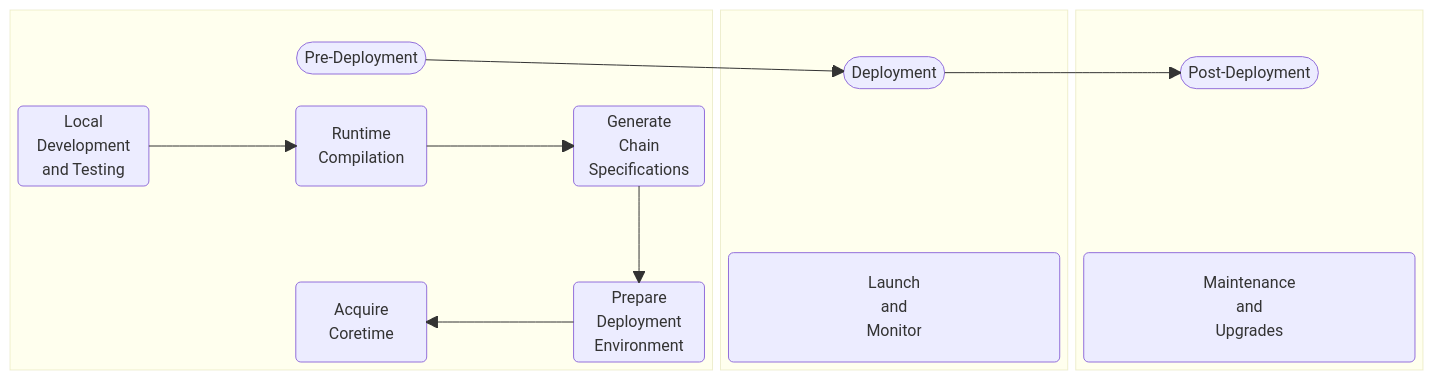
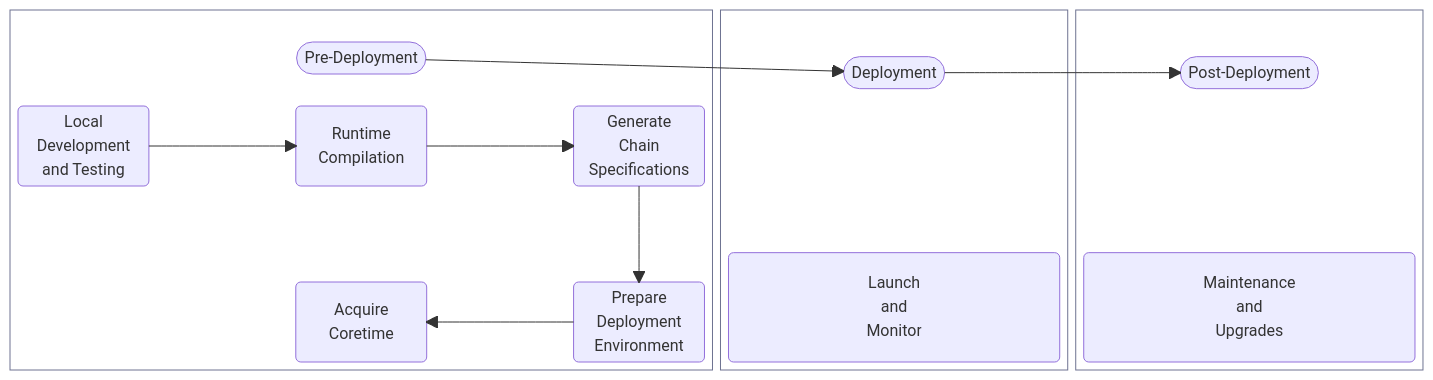
One commit to polkadot-developers/polkadot-docs changed the diagram in develop/blockchains/get-started/deploy-blockchain-to-polkadot.md. Above: the diagram before and after it, drawn with Mermaid.

Commit message:
fixes background color

````diff
--- a/develop/blockchains/get-started/deploy-blockchain-to-polkadot.md
+++ b/develop/blockchains/get-started/deploy-blockchain-to-polkadot.md
@@ -18,35 +18,39 @@
 ```mermaid
 block-beta
     columns 5
     block:group1:2
         columns 5
         space:2 id1(["Pre-Deployment"]):1 space:2
         A("Local \nDevelopment \nand Testing")
         space
         B("Runtime \nCompilation")
         space
         C("Generate \nChain \nSpecifications")
         space:7
         E("Acquire \nCoretime")
         space
         D("Prepare \nDeployment \nEnvironment")
     end
         A-->B 
         B-->C
         C-->D 
         D-->E
     block:group2:1
         columns 1
         id2(["Deployment"]) 
         space
         F("Launch \nand \nMonitor")
     end
     block:group3:1
         columns 1
         id3(["Post-Deployment"])
         space
         G("Maintenance \nand \nUpgrades")
     end
         id1-->id2
         id2-->id3
+    %% Style adjustments
+    style group1 fill:#ffffff,stroke:#6e7391,stroke-width:1px
+    style group2 fill:#ffffff,stroke:#6e7391,stroke-width:1px
+    style group3 fill:#ffffff,stroke:#6e7391,stroke-width:1px
 ```
````
